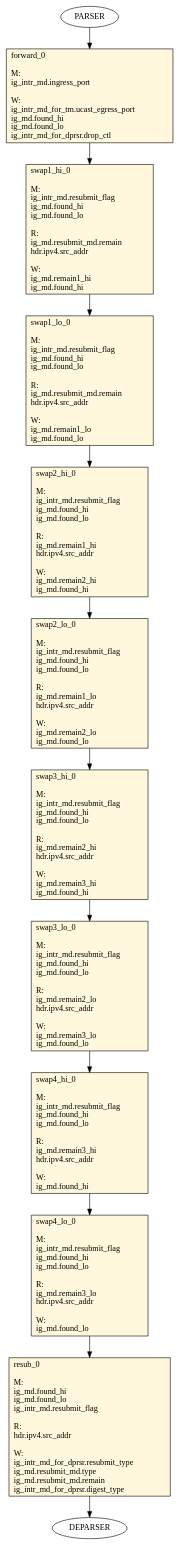
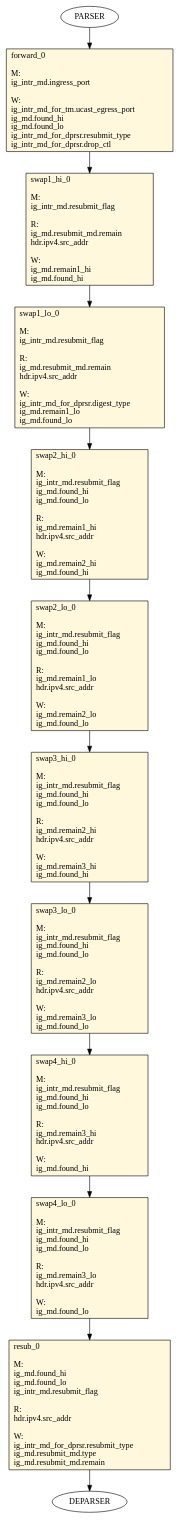
The diagram in waterfall-fcm-srctuple/waterfall_fcm/tofino/pipe/graphs/0_table_flow_graph_ingress.dot (joepboumans/waterfall-table), drawn with Graphviz before and after one commit. The commit also changed 36 other files, not shown here.

```diff
--- a/waterfall-fcm-srctuple/waterfall_fcm/tofino/pipe/graphs/0_table_flow_graph_ingress.dot
+++ b/waterfall-fcm-srctuple/waterfall_fcm/tofino/pipe/graphs/0_table_flow_graph_ingress.dot
@@ -1,129 +1,126 @@
 digraph ingress {
 forward_0 [ shape=record, style="filled", fillcolor=cornsilk, label="forward_0\l\l
 M:\l
  ig_intr_md.ingress_port\l
 \lW:\l
  ig_intr_md_for_tm.ucast_egress_port\l
  ig_md.found_hi\l
  ig_md.found_lo\l
+ ig_intr_md_for_dprsr.resubmit_type\l
  ig_intr_md_for_dprsr.drop_ctl\l
  "];
 swap1_hi_0 [ shape=record, style="filled", fillcolor=cornsilk, label="swap1_hi_0\l\l
 M:\l
  ig_intr_md.resubmit_flag\l
- ig_md.found_hi\l
- ig_md.found_lo\l
 \lR:\l
  ig_md.resubmit_md.remain\l
  hdr.ipv4.src_addr\l
 \lW:\l
  ig_md.remain1_hi\l
  ig_md.found_hi\l
  "];
 swap1_lo_0 [ shape=record, style="filled", fillcolor=cornsilk, label="swap1_lo_0\l\l
 M:\l
  ig_intr_md.resubmit_flag\l
- ig_md.found_hi\l
- ig_md.found_lo\l
 \lR:\l
  ig_md.resubmit_md.remain\l
  hdr.ipv4.src_addr\l
 \lW:\l
+ ig_intr_md_for_dprsr.digest_type\l
  ig_md.remain1_lo\l
  ig_md.found_lo\l
  "];
 swap2_hi_0 [ shape=record, style="filled", fillcolor=cornsilk, label="swap2_hi_0\l\l
 M:\l
  ig_intr_md.resubmit_flag\l
  ig_md.found_hi\l
  ig_md.found_lo\l
 \lR:\l
  ig_md.remain1_hi\l
  hdr.ipv4.src_addr\l
 \lW:\l
  ig_md.remain2_hi\l
  ig_md.found_hi\l
  "];
 swap2_lo_0 [ shape=record, style="filled", fillcolor=cornsilk, label="swap2_lo_0\l\l
 M:\l
  ig_intr_md.resubmit_flag\l
  ig_md.found_hi\l
  ig_md.found_lo\l
 \lR:\l
  ig_md.remain1_lo\l
  hdr.ipv4.src_addr\l
 \lW:\l
  ig_md.remain2_lo\l
  ig_md.found_lo\l
  "];
 swap3_hi_0 [ shape=record, style="filled", fillcolor=cornsilk, label="swap3_hi_0\l\l
 M:\l
  ig_intr_md.resubmit_flag\l
  ig_md.found_hi\l
  ig_md.found_lo\l
 \lR:\l
  ig_md.remain2_hi\l
  hdr.ipv4.src_addr\l
 \lW:\l
  ig_md.remain3_hi\l
  ig_md.found_hi\l
  "];
 swap3_lo_0 [ shape=record, style="filled", fillcolor=cornsilk, label="swap3_lo_0\l\l
 M:\l
  ig_intr_md.resubmit_flag\l
  ig_md.found_hi\l
  ig_md.found_lo\l
 \lR:\l
  ig_md.remain2_lo\l
  hdr.ipv4.src_addr\l
 \lW:\l
  ig_md.remain3_lo\l
  ig_md.found_lo\l
  "];
 swap4_hi_0 [ shape=record, style="filled", fillcolor=cornsilk, label="swap4_hi_0\l\l
 M:\l
  ig_intr_md.resubmit_flag\l
  ig_md.found_hi\l
  ig_md.found_lo\l
 \lR:\l
  ig_md.remain3_hi\l
  hdr.ipv4.src_addr\l
 \lW:\l
  ig_md.found_hi\l
  "];
 swap4_lo_0 [ shape=record, style="filled", fillcolor=cornsilk, label="swap4_lo_0\l\l
 M:\l
  ig_intr_md.resubmit_flag\l
  ig_md.found_hi\l
  ig_md.found_lo\l
 \lR:\l
  ig_md.remain3_lo\l
  hdr.ipv4.src_addr\l
 \lW:\l
  ig_md.found_lo\l
  "];
 resub_0 [ shape=record, style="filled", fillcolor=cornsilk, label="resub_0\l\l
 M:\l
  ig_md.found_hi\l
  ig_md.found_lo\l
  ig_intr_md.resubmit_flag\l
 \lR:\l
  hdr.ipv4.src_addr\l
 \lW:\l
  ig_intr_md_for_dprsr.resubmit_type\l
  ig_md.resubmit_md.type\l
  ig_md.resubmit_md.remain\l
- ig_intr_md_for_dprsr.digest_type\l
  "];
     PARSER -> forward_0
     forward_0 -> swap1_hi_0
     swap1_hi_0 -> swap1_lo_0
     swap1_lo_0 -> swap2_hi_0
     swap2_hi_0 -> swap2_lo_0
     swap2_lo_0 -> swap3_hi_0
     swap3_hi_0 -> swap3_lo_0
     swap3_lo_0 -> swap4_hi_0
     swap4_hi_0 -> swap4_lo_0
     swap4_lo_0 -> resub_0
     resub_0 -> DEPARSER
 }
```
